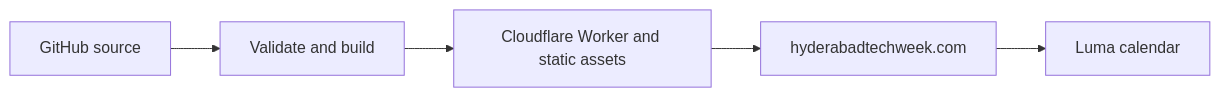
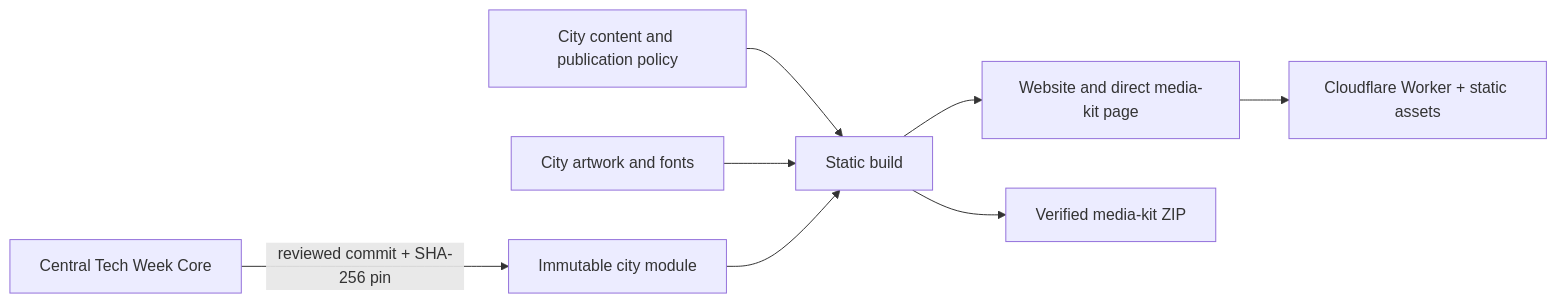
Before and after one commit to hyderabadtechweek/website: the diagram in README.md, drawn with Mermaid. The commit also changed other lines of this file and 48 other files, not shown here.

Commit message:
Refresh city identity with pinned shared Core and tested media kit

````diff
--- a/README.md
+++ b/README.md
@@ -33,7 +9,10 @@
 ```mermaid
 flowchart LR
-  Source[GitHub source] --> Build[Validate and build]
-  Build --> Worker[Cloudflare Worker and static assets]
-  Worker --> Domain[hyderabadtechweek.com]
-  Domain --> Calendar[Luma calendar]
+  Core[Central Tech Week Core] -->|reviewed commit + SHA-256 pin| Vendor[Immutable city module]
+  Config[City content and publication policy] --> Build[Static build]
+  Brand[City artwork and fonts] --> Build
+  Vendor --> Build
+  Build --> Site[Website and direct media-kit page]
+  Build --> Kit[Verified media-kit ZIP]
+  Site --> Cloudflare[Cloudflare Worker + static assets]
 ```
````
